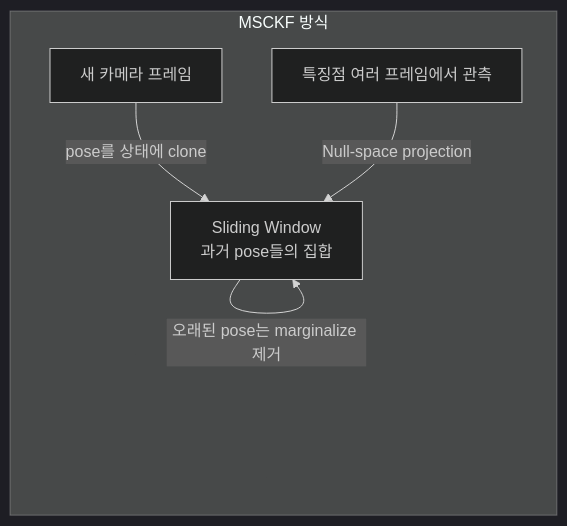
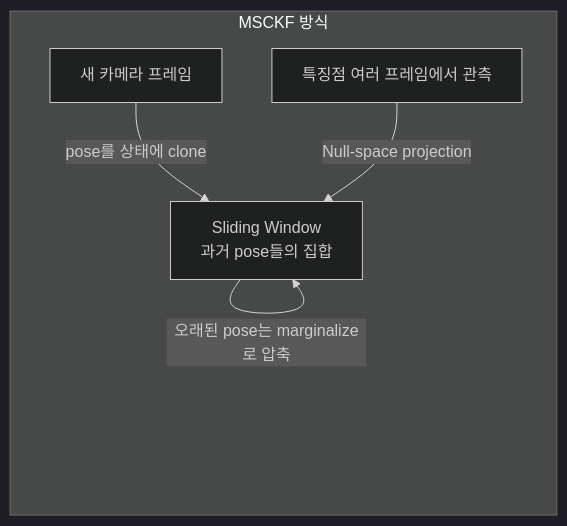
One commit to codebaragi23/ROS2-doc changed the diagram in SLAM 백엔드/D2-1_OpenVINS_개요와_MSCKF_알고리즘_원리.md. Above: the diagram before and after it, drawn with Mermaid (dark theme). The commit also changed other lines of this file and 34 other files, not shown here.

````diff
--- a/SLAM 백엔드/D2-1_OpenVINS_개요와_MSCKF_알고리즘_원리.md
+++ b/SLAM 백엔드/D2-1_OpenVINS_개요와_MSCKF_알고리즘_원리.md
@@ -28,9 +32,9 @@
 ```mermaid
 flowchart LR
     subgraph MSCKF["MSCKF 방식"]
         A1[새 카메라 프레임] -->|pose를 상태에 clone| SW[Sliding Window
 과거 pose들의 집합]
         F1[특징점 여러 프레임에서 관측] -->|Null-space projection| SW
-        SW -->|오래된 pose는 marginalize 제거| SW
+        SW -->|오래된 pose는 marginalize로 압축| SW
     end
 ```
````
